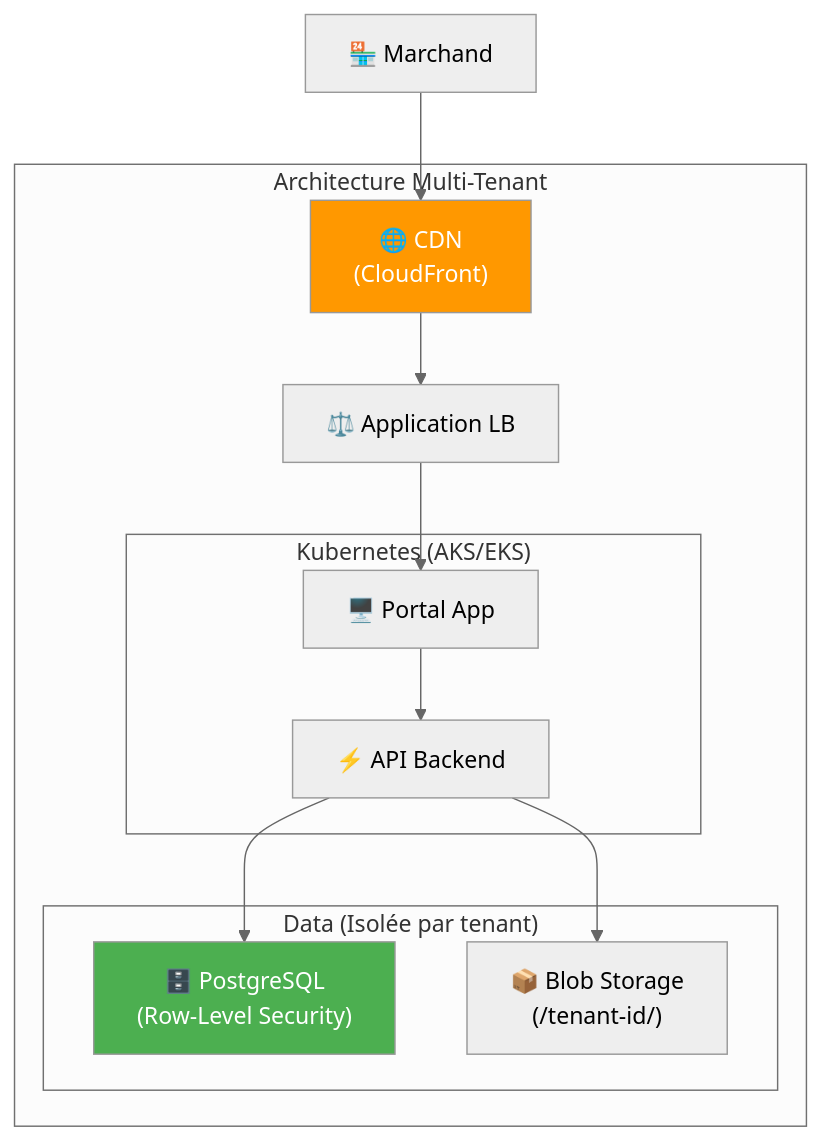
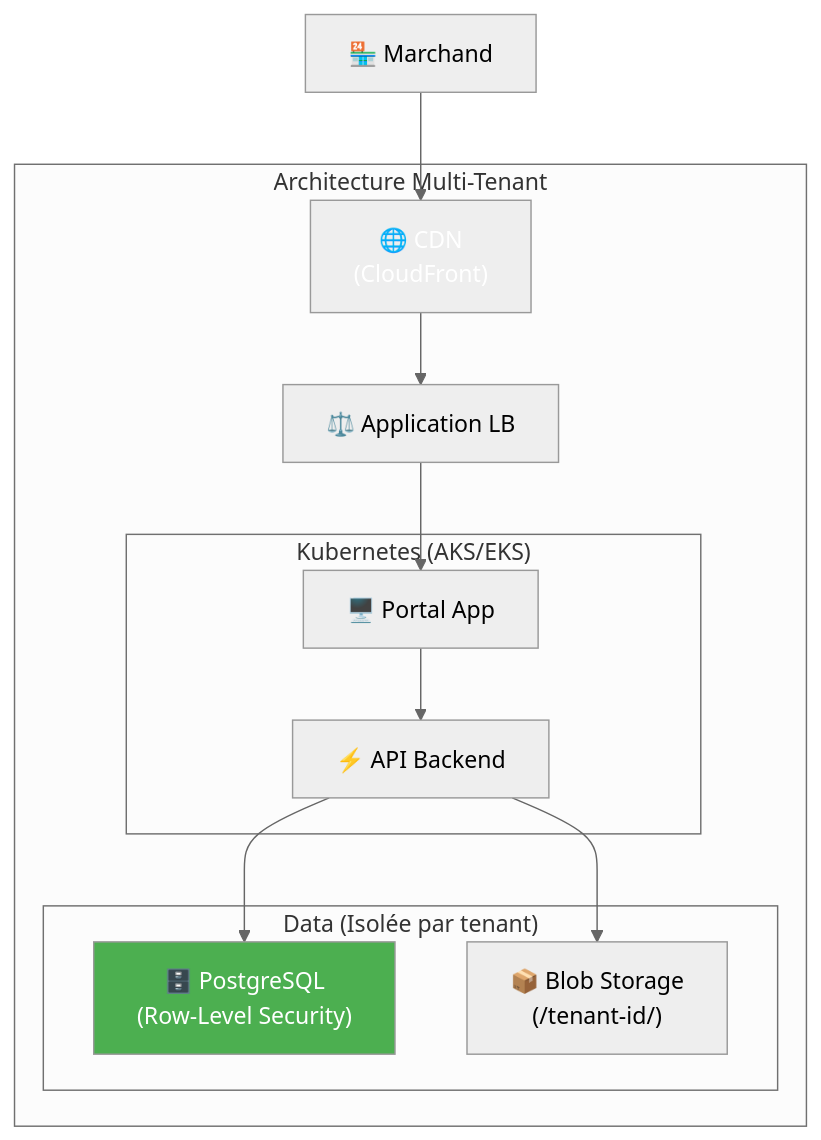
Before and after one commit to VBlackJack/ShellBook: the eighth of 11 diagrams in docs/formations/cloud-fundamentals/07-module.md, drawn with Mermaid (neutral theme). The commit also changed other lines of this file and 337 other files, not shown here.

First line of the commit message:
refactor(docs): Standardize code blocks and Mermaid colors

````diff
--- a/docs/formations/cloud-fundamentals/07-module.md
+++ b/docs/formations/cloud-fundamentals/07-module.md
@@ -277,24 +277,24 @@
 ```mermaid
 graph TB
     subgraph "Architecture Multi-Tenant"
         CDN["🌐 CDN<br/>(CloudFront)"]
         ALB["⚖️ Application LB"]
 
         subgraph "Kubernetes (AKS/EKS)"
             PORTAL["🖥️ Portal App"]
             API["⚡ API Backend"]
         end
 
         subgraph "Data (Isolée par tenant)"
             DB["🗄️ PostgreSQL<br/>(Row-Level Security)"]
             BLOB["📦 Blob Storage<br/>(/tenant-id/)"]
         end
     end
 
     MERCHANT["🏪 Marchand"] --> CDN --> ALB --> PORTAL
     PORTAL --> API --> DB
     API --> BLOB
 
-    style CDN fill:#ff9800,color:#fff
+    style CDN fill:#FF9800800800,color:#fff
     style DB fill:#4caf50,color:#fff
 ```
````
